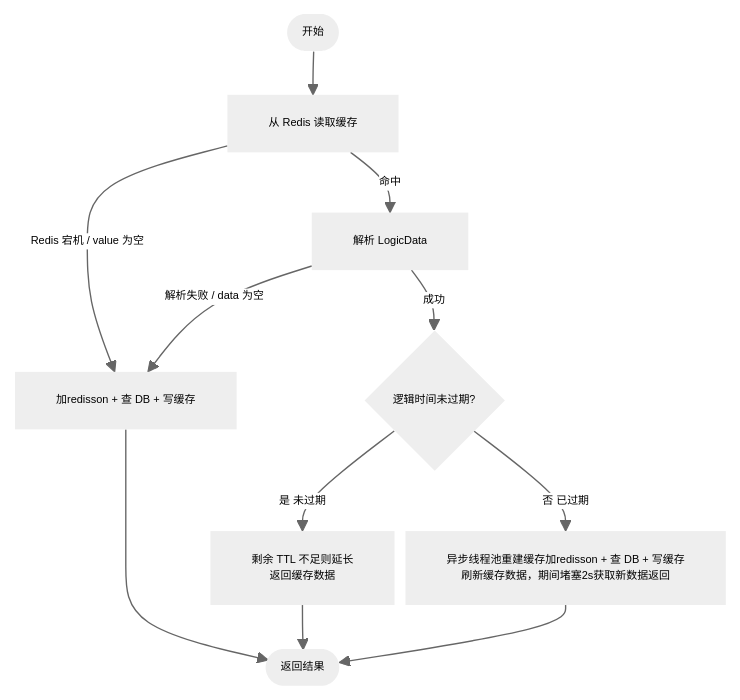
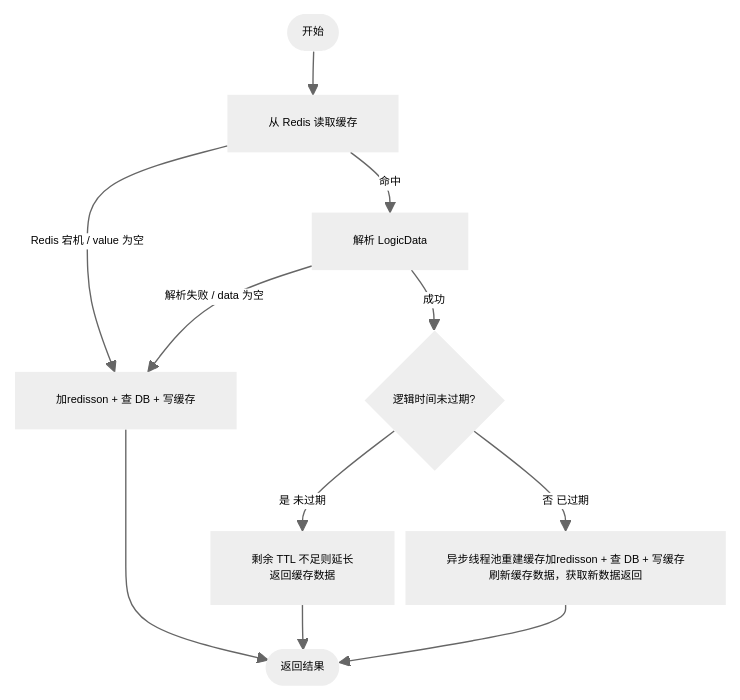
Before and after one commit to 1reaikeyi/flowerpayment-ai: the third of 9 diagrams in README.md, drawn with Mermaid. The commit also changed other lines of this file and 33 other files, not shown here.

````diff
--- a/README.md
+++ b/README.md
@@ -299,14 +296,14 @@
 ```mermaid
 %%{init: {'theme':'neutral','themeVariables':{'fontSize':'8px','nodeBorder':'2px'},'flowchart':{'nodeSpacing':8,'rankSpacing':32,'useMaxWidth':false,'curve':'basis'}}}%%
 flowchart TD
     S([开始]) --> A[从 Redis 读取缓存]
     A -->|Redis 宕机 / value 为空| B[加redisson + 查 DB + 写缓存]
     A -->|命中| C[解析 LogicData]
     C -->|解析失败 / data 为空| B
     C -->|成功| D{逻辑时间未过期?}
     D -->|是 未过期| E[剩余 TTL 不足则延长<br/>返回缓存数据]
-    D -->|否 已过期| F["异步线程池重建缓存加redisson + 查 DB + 写缓存<br>刷新缓存数据，期间堵塞2s获取新数据返回"]
+    D -->|否 已过期| F["异步线程池重建缓存加redisson + 查 DB + 写缓存<br>刷新缓存数据，获取新数据返回"]
     B --> R([返回结果])
     E --> R
     F --> R
 ```
````
